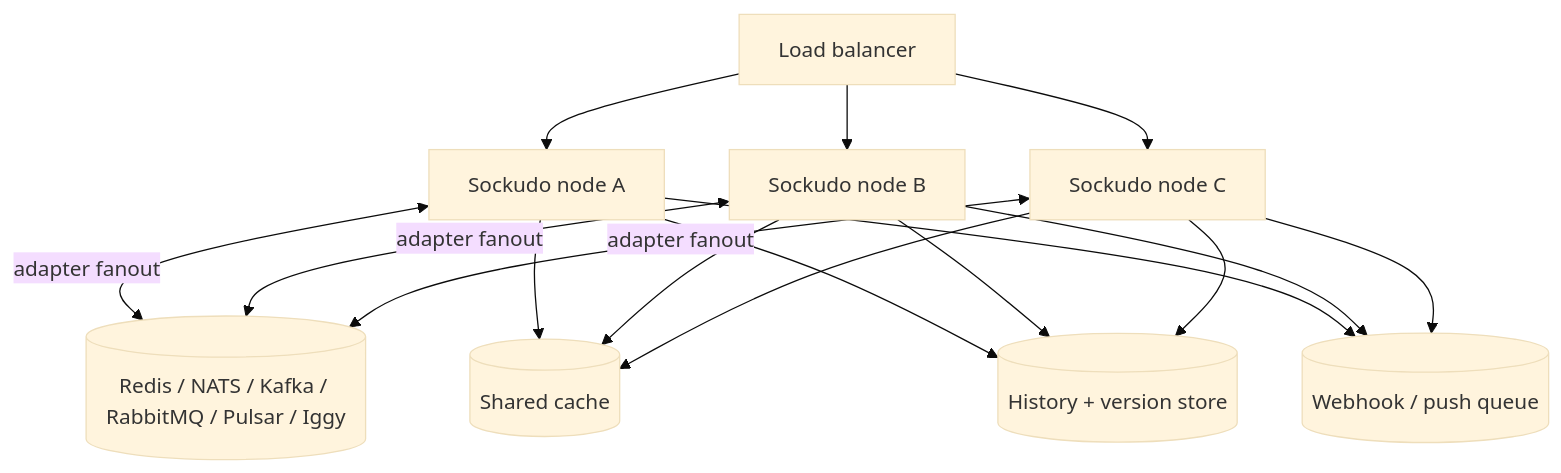
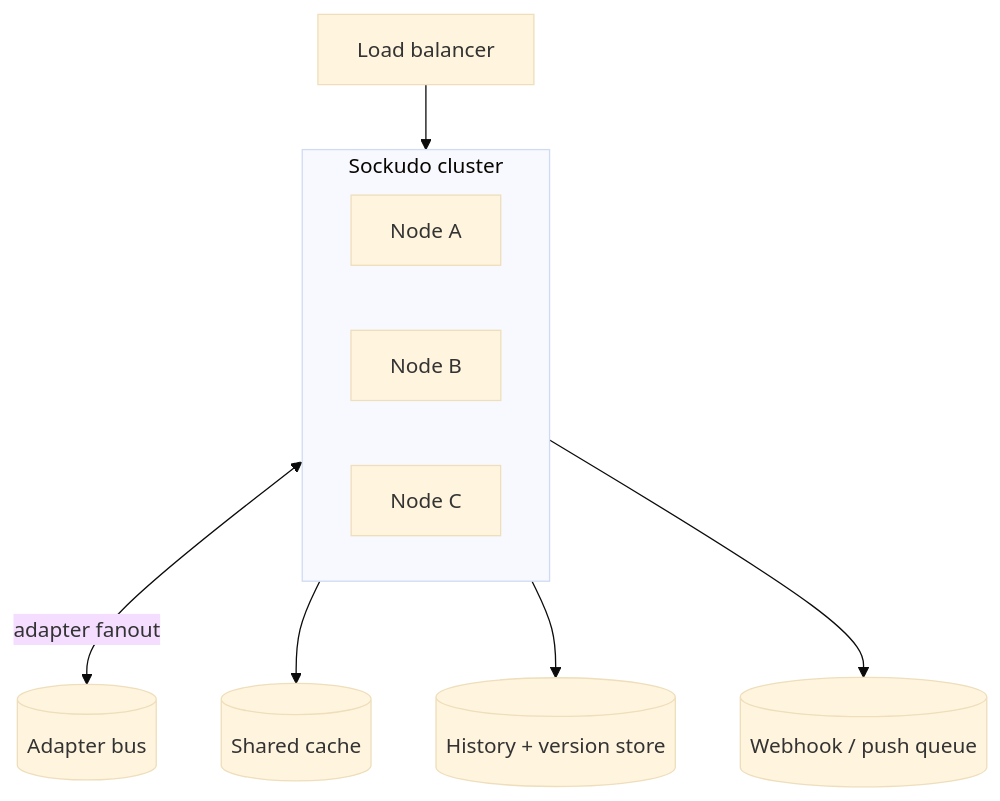
The third of 3 diagrams in docs/content/docs/server/realtime-application-patterns.mdx (sockudo/sockudo), drawn with Mermaid (base theme) before and after one commit. The commit also changed other lines of this file and 162 other files, not shown here.

````diff
--- a/docs/content/docs/server/realtime-application-patterns.mdx
+++ b/docs/content/docs/server/realtime-application-patterns.mdx
@@ -241,22 +303,13 @@
 ```mermaid
 flowchart TB
-  LB[Load balancer] --> N1[Sockudo node A]
-  LB --> N2[Sockudo node B]
-  LB --> N3[Sockudo node C]
-
-  N1 <-->|adapter fanout| Bus[(Redis / NATS / Kafka / RabbitMQ / Pulsar / Iggy)]
-  N2 <-->|adapter fanout| Bus
-  N3 <-->|adapter fanout| Bus
-
-  N1 --> Cache[(Shared cache)]
-  N2 --> Cache
-  N3 --> Cache
-
-  N1 --> Store[(History + version store)]
-  N2 --> Store
-  N3 --> Store
-
-  N1 --> Queue[(Webhook / push queue)]
-  N2 --> Queue
-  N3 --> Queue
+  LB[Load balancer] --> Cluster
+  subgraph Cluster [Sockudo cluster]
+    N1[Node A]
+    N2[Node B]
+    N3[Node C]
+  end
+  Cluster <-->|adapter fanout| Bus[(Adapter bus)]
+  Cluster --> Cache[(Shared cache)]
+  Cluster --> Store[(History + version store)]
+  Cluster --> Queue[(Webhook / push queue)]
 ```
````
